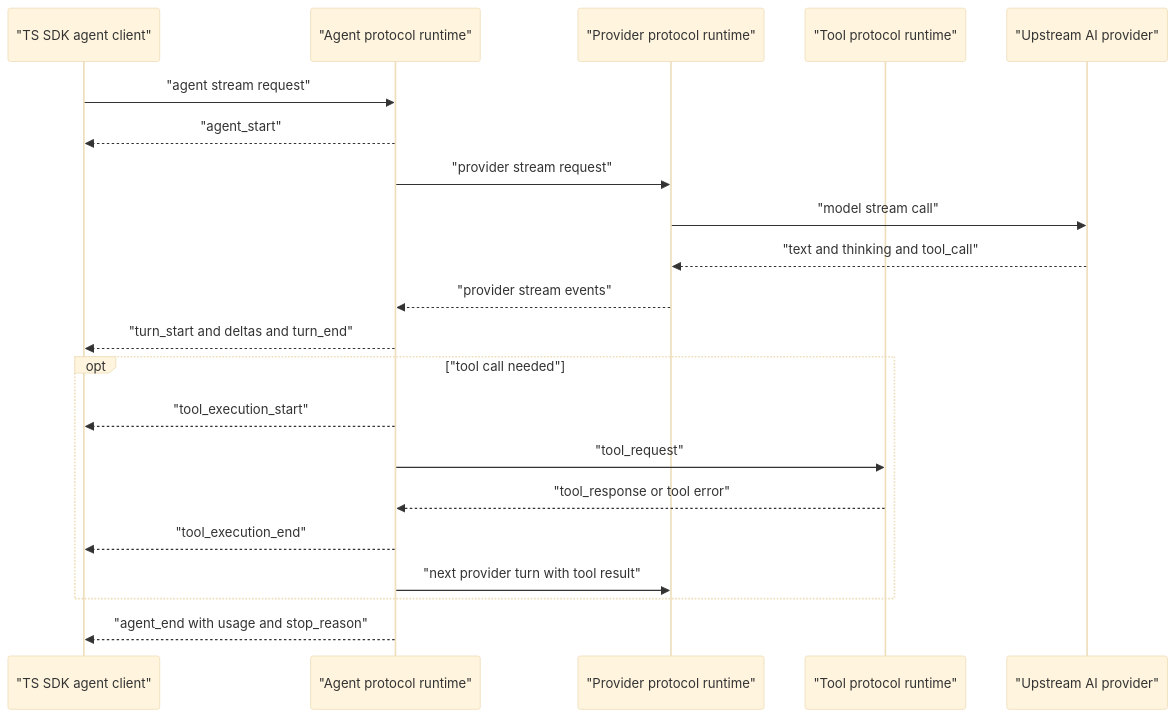
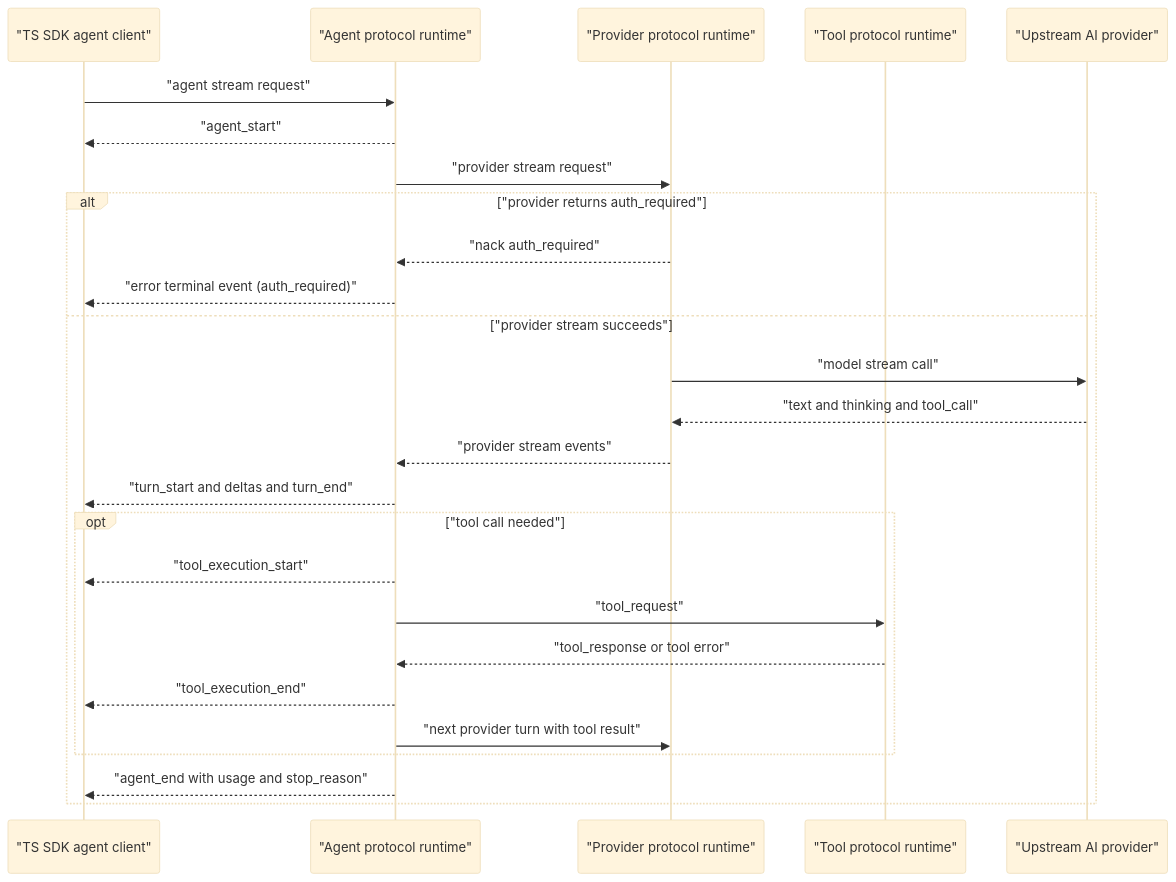
Before and after one commit to lsm/makai: the fourth of 6 diagrams in DESIGN.md, drawn with Mermaid (base theme). The commit also changed other lines of this file, not shown here.

Commit message:
docs: refine mermaid flows for auth cancel and agent auth_required paths

````diff
--- a/DESIGN.md
+++ b/DESIGN.md
@@ -341,24 +346,29 @@
 ```mermaid
 sequenceDiagram
   participant C as "TS SDK agent client"
   participant G as "Agent protocol runtime"
   participant P as "Provider protocol runtime"
   participant T as "Tool protocol runtime"
   participant U as "Upstream AI provider"
 
   C->>G: "agent stream request"
   G-->>C: "agent_start"
   G->>P: "provider stream request"
-  P->>U: "model stream call"
-  U-->>P: "text and thinking and tool_call"
-  P-->>G: "provider stream events"
-  G-->>C: "turn_start and deltas and turn_end"
-  opt "tool call needed"
-    G-->>C: "tool_execution_start"
-    G->>T: "tool_request"
-    T-->>G: "tool_response or tool error"
-    G-->>C: "tool_execution_end"
-    G->>P: "next provider turn with tool result"
+  alt "provider returns auth_required"
+    P-->>G: "nack auth_required"
+    G-->>C: "error terminal event (auth_required)"
+  else "provider stream succeeds"
+    P->>U: "model stream call"
+    U-->>P: "text and thinking and tool_call"
+    P-->>G: "provider stream events"
+    G-->>C: "turn_start and deltas and turn_end"
+    opt "tool call needed"
+      G-->>C: "tool_execution_start"
+      G->>T: "tool_request"
+      T-->>G: "tool_response or tool error"
+      G-->>C: "tool_execution_end"
+      G->>P: "next provider turn with tool result"
+    end
+    G-->>C: "agent_end with usage and stop_reason"
   end
-  G-->>C: "agent_end with usage and stop_reason"
 ```
````
